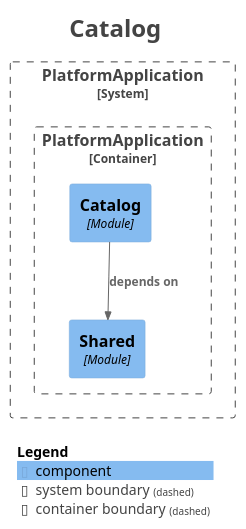
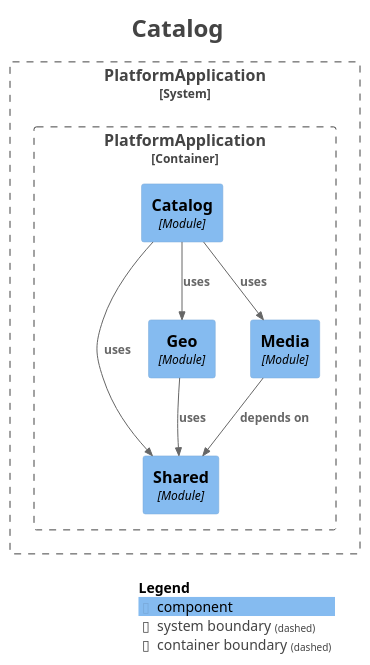
Before and after one commit to Asiman77/HistoryAsAGame: the diagram in docs/modules/module-catalog.puml, drawn with PlantUML. The commit also changed 16 other files, not shown here.

```diff
--- a/docs/modules/module-catalog.puml
+++ b/docs/modules/module-catalog.puml
@@ -1,30 +1,36 @@
 @startuml
 title <size:24>Catalog</size>
 
 set separator none
 top to bottom direction
 
 <style>
   root {
     BackgroundColor: #ffffff
     FontColor: #444444
   }
 </style>
 
 !include <C4/C4>
 !include <C4/C4_Context>
 !include <C4/C4_Component>
 
 System_Boundary("PlatformApplication_boundary", "PlatformApplication", $tags="") {
   Container_Boundary("PlatformApplication.PlatformApplication_boundary", "PlatformApplication", $tags="") {
+    Component(PlatformApplication.PlatformApplication.Catalog, "Catalog", $techn="Module", $descr="", $tags="", $link="")
     Component(PlatformApplication.PlatformApplication.Shared, "Shared", $techn="Module", $descr="", $tags="", $link="")
-    Component(PlatformApplication.PlatformApplication.Catalog, "Catalog", $techn="Module", $descr="", $tags="", $link="")
+    Component(PlatformApplication.PlatformApplication.Geo, "Geo", $techn="Module", $descr="", $tags="", $link="")
+    Component(PlatformApplication.PlatformApplication.Media, "Media", $techn="Module", $descr="", $tags="", $link="")
   }
 
 }
 
-Rel(PlatformApplication.PlatformApplication.Catalog, PlatformApplication.PlatformApplication.Shared, "depends on", $techn="", $tags="", $link="")
+Rel(PlatformApplication.PlatformApplication.Geo, PlatformApplication.PlatformApplication.Shared, "uses", $techn="", $tags="", $link="")
+Rel(PlatformApplication.PlatformApplication.Media, PlatformApplication.PlatformApplication.Shared, "depends on", $techn="", $tags="", $link="")
+Rel(PlatformApplication.PlatformApplication.Catalog, PlatformApplication.PlatformApplication.Shared, "uses", $techn="", $tags="", $link="")
+Rel(PlatformApplication.PlatformApplication.Catalog, PlatformApplication.PlatformApplication.Geo, "uses", $techn="", $tags="", $link="")
+Rel(PlatformApplication.PlatformApplication.Catalog, PlatformApplication.PlatformApplication.Media, "uses", $techn="", $tags="", $link="")
 
 SHOW_LEGEND(true)
 hide stereotypes
 @enduml
```
